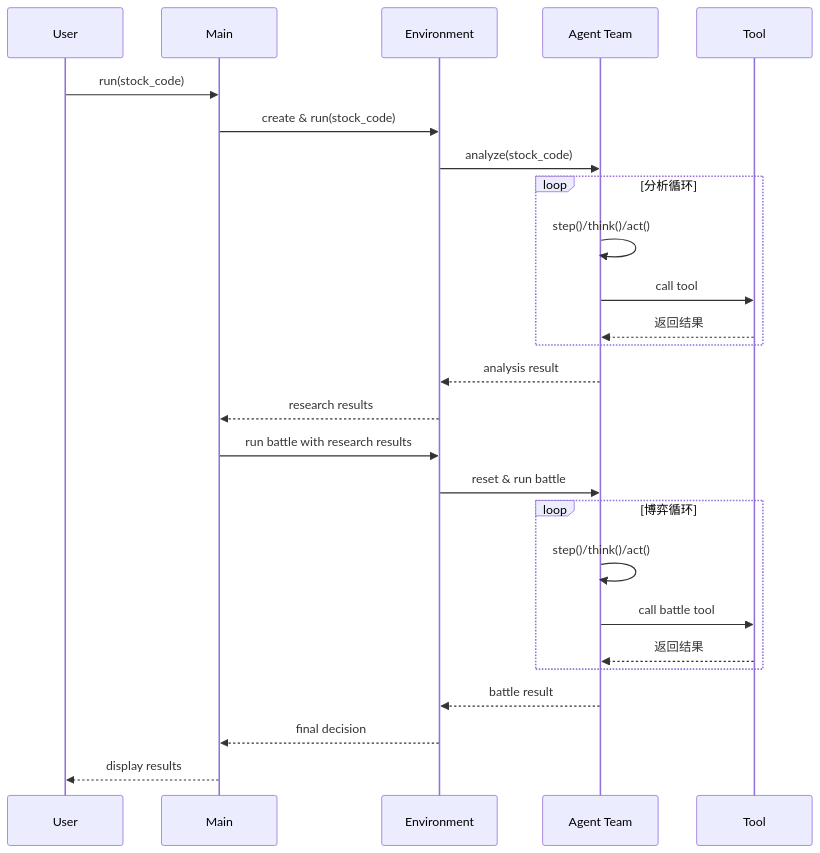
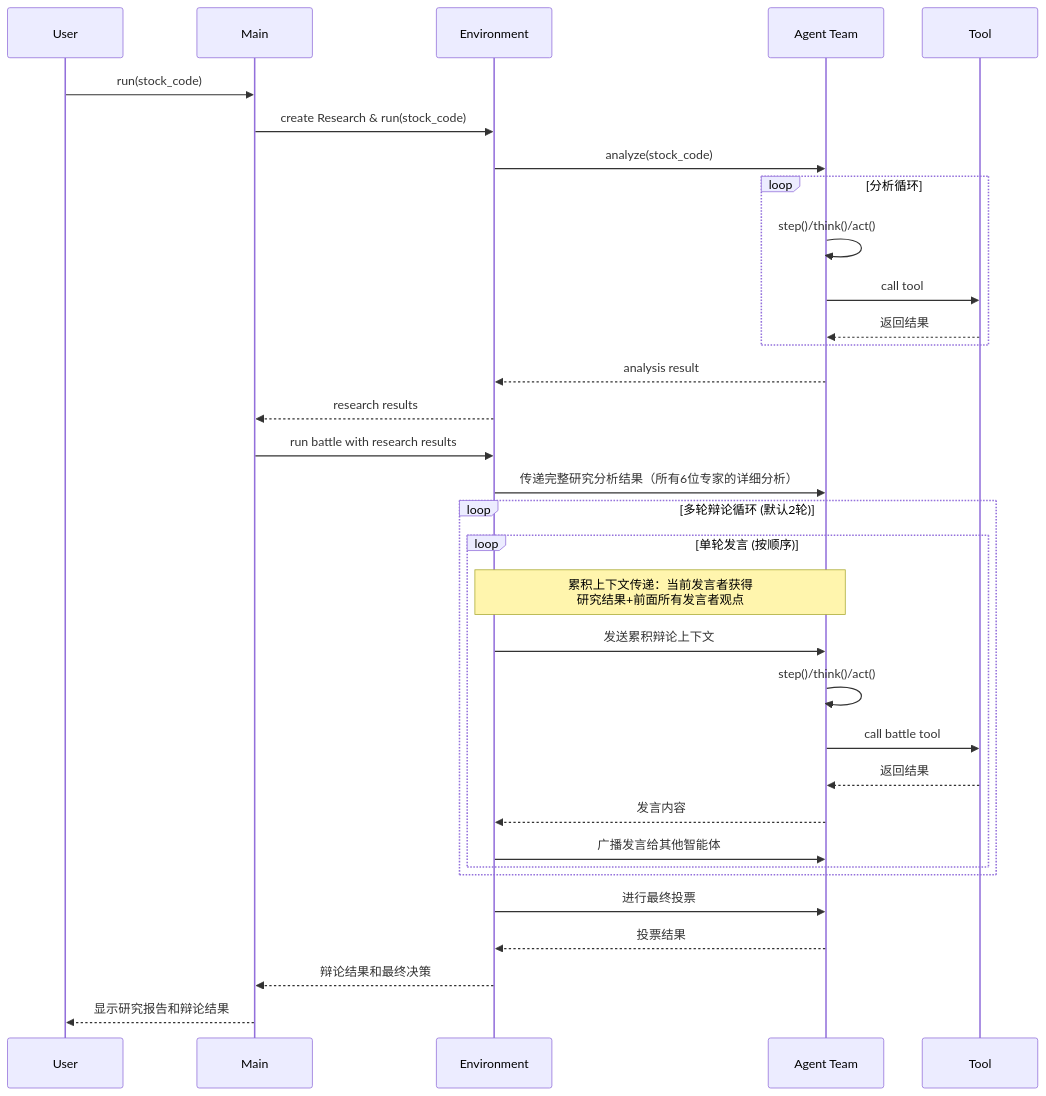
One commit to yaoyaoxie/FinGenius changed the second of 2 diagrams in README.md. Above: the diagram before and after it, drawn with Mermaid. The commit also changed other lines of this file and 37 other files, not shown here.

````diff
--- a/README.md
+++ b/README.md
@@ -301,37 +339,44 @@
 ```mermaid
 sequenceDiagram
-    %% 简化版 FinGenius 执行流程（Agent Team）
+    %% FinGenius 双环境执行流程（Research-Battle）
     participant User
     participant Main
     participant Env as Environment
     participant Agents as Agent Team
     participant Tool
 
     %% 用户发起股票研究
     User->>Main: run(stock_code)
-    Main->>Env: create & run(stock_code)
+    Main->>Env: create Research & run(stock_code)
 
     %% 研究阶段：Agent Team 循环分析并调用工具
     Env->>Agents: analyze(stock_code)
     loop 分析循环
         Agents->>Agents: step()/think()/act()
         Agents->>Tool: call tool
         Tool-->>Agents: 返回结果
     end
     Agents-->>Env: analysis result
     Env-->>Main: research results
 
-    %% 博弈阶段：Agent Team 重置状态并循环参与
+    %% 博弈阶段：Agent Team 保持研究状态进行结构化辩论
     Main->>Env: run battle with research results
-    Env->>Agents: reset & run battle
-    loop 博弈循环
-        Agents->>Agents: step()/think()/act()
-        Agents->>Tool: call battle tool
-        Tool-->>Agents: 返回结果
+    Env->>Agents: 传递完整研究分析结果（所有6位专家的详细分析）
+    loop 多轮辩论循环 (默认2轮)
+        loop 单轮发言 (按顺序)
+            Note over Env,Agents: 累积上下文传递：当前发言者获得<br/>研究结果+前面所有发言者观点
+            Env->>Agents: 发送累积辩论上下文
+            Agents->>Agents: step()/think()/act()
+            Agents->>Tool: call battle tool
+            Tool-->>Agents: 返回结果
+            Agents-->>Env: 发言内容
+            Env->>Agents: 广播发言给其他智能体
+        end
     end
-    Agents-->>Env: battle result
-    Env-->>Main: final decision
+    Env->>Agents: 进行最终投票
+    Agents-->>Env: 投票结果
+    Env-->>Main: 辩论结果和最终决策
 
     %% 输出最终结果
-    Main-->>User: display results
+    Main-->>User: 显示研究报告和辩论结果
 ```
````
